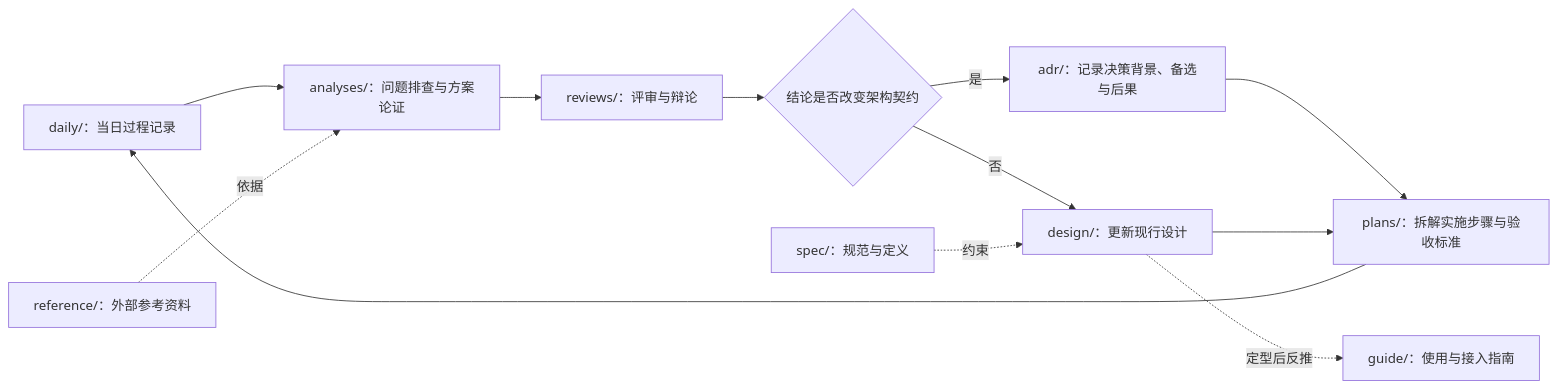
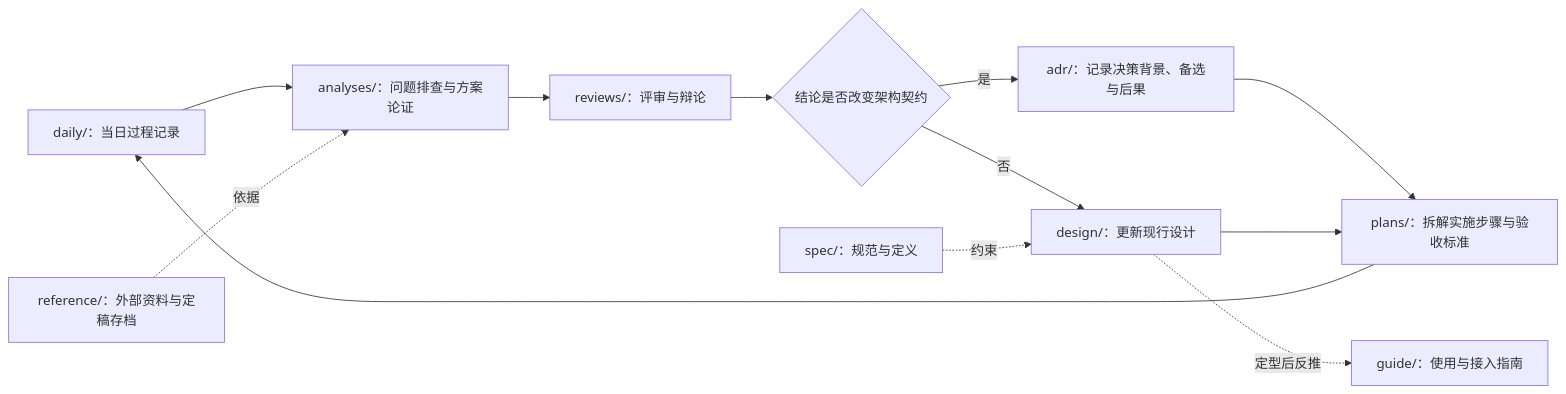
Before and after one commit to xknife-erian/ImageLyre: the first of 3 diagrams in docs/README.md, drawn with Mermaid. The commit also changed other lines of this file and 110 other files, not shown here.

````diff
--- a/docs/README.md
+++ b/docs/README.md
@@ -95,14 +95,14 @@
 ```mermaid
 flowchart LR
     A["daily/：当日过程记录"] --> B["analyses/：问题排查与方案论证"]
     B --> RV["reviews/：评审与辩论"]
     RV --> C{"结论是否改变架构契约"}
     C -- 是 --> D["adr/：记录决策背景、备选与后果"]
     C -- 否 --> E["design/：更新现行设计"]
     D --> F["plans/：拆解实施步骤与验收标准"]
     E --> F
     F --> A
     S["spec/：规范与定义"] -.约束.-> E
     E -.定型后反推.-> G["guide/：使用与接入指南"]
-    R["reference/：外部参考资料"] -.依据.-> B
+    R["reference/：外部资料与定稿存档"] -.依据.-> B
 ```
````
